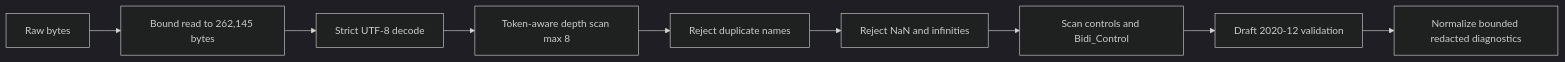
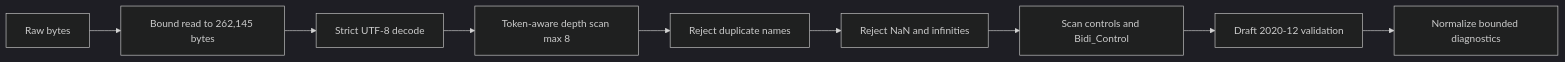
Before and after one commit to ryannmicua/arjim: the second of 2 diagrams in docs/plans/2026-08-01-001-feat-workstream-registration-discovery-plan.md, drawn with Mermaid (dark theme). The commit also changed other lines of this file, not shown here.

Commit message:
docs: update diagnostics redaction policy in workstream plan

````diff
--- a/docs/plans/2026-08-01-001-feat-workstream-registration-discovery-plan.md
+++ b/docs/plans/2026-08-01-001-feat-workstream-registration-discovery-plan.md
@@ -221,11 +221,11 @@
 ```mermaid
 flowchart LR
     B[Raw bytes] --> C1[Bound read to 262,145 bytes]
     C1 --> C2[Strict UTF-8 decode]
     C2 --> C3[Token-aware depth scan max 8]
     C3 --> C4[Reject duplicate names]
     C4 --> C5[Reject NaN and infinities]
     C5 --> C6[Scan controls and Bidi_Control]
     C6 --> V[Draft 2020-12 validation]
-    V --> N[Normalize bounded redacted diagnostics]
+    V --> N[Normalize bounded diagnostics]
 ```
````
